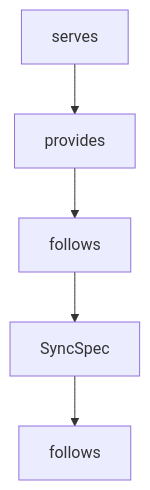
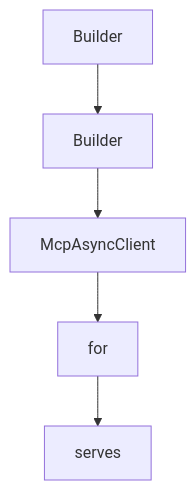
Before and after one commit to johnxie/awesome-code-docs: the diagram in tutorials/mcp-java-sdk-tutorial/02-sdk-architecture-reactive-model-and-json-layer.md, drawn with Mermaid. The commit also changed other lines of this file and 1232 other files, not shown here.

````diff
--- a/tutorials/mcp-java-sdk-tutorial/02-sdk-architecture-reactive-model-and-json-layer.md
+++ b/tutorials/mcp-java-sdk-tutorial/02-sdk-architecture-reactive-model-and-json-layer.md
@@ -220,12 +218,12 @@
 ```mermaid
 flowchart TD
-    A[serves]
-    B[provides]
-    C[follows]
-    D[SyncSpec]
-    E[follows]
+    A[Builder]
+    B[Builder]
+    C[McpAsyncClient]
+    D[for]
+    E[serves]
     A --> B
     B --> C
     C --> D
     D --> E
 ```
````
